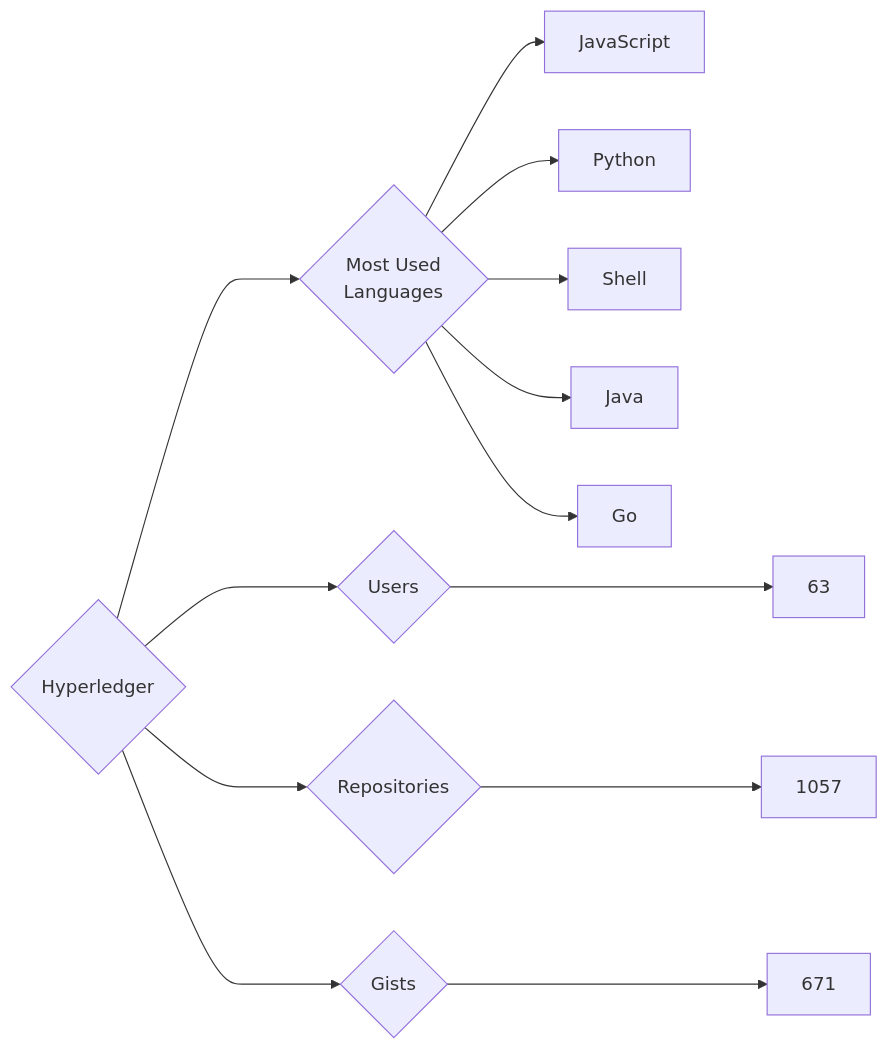
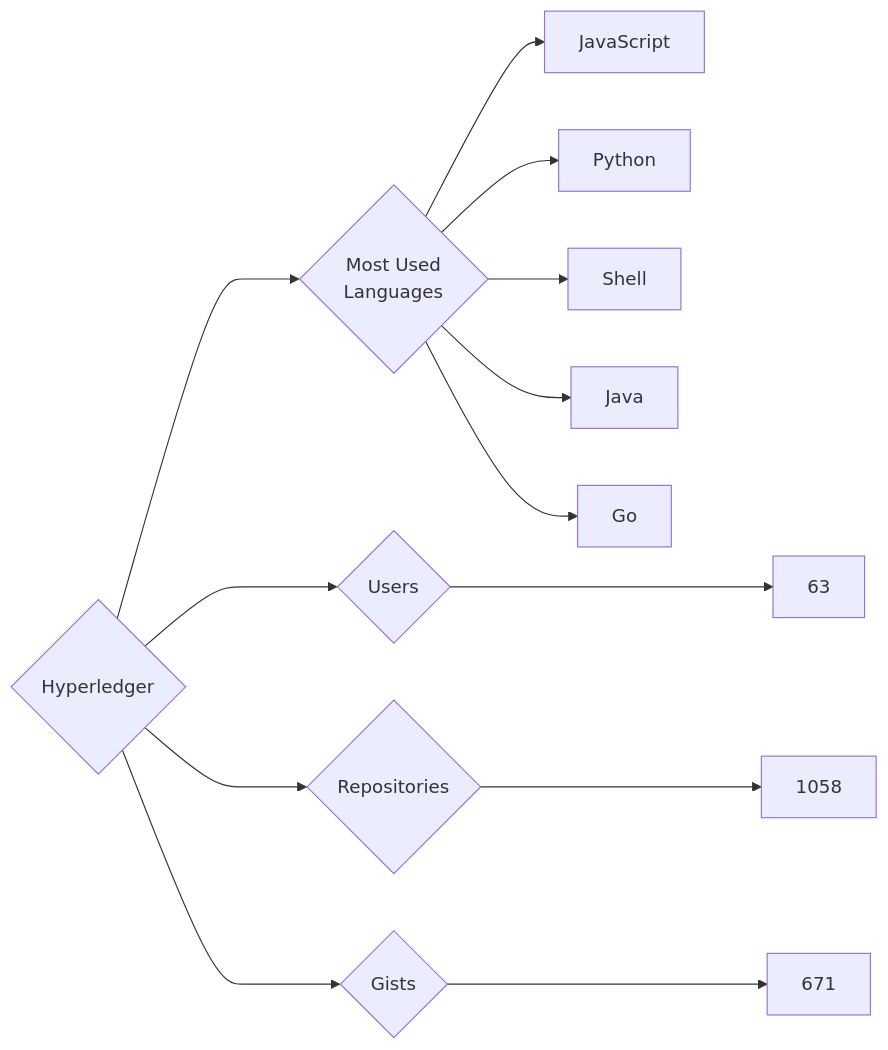
Before and after one commit to trickest/insiders: the diagram in targets/Hyperledger/README.md, drawn with Mermaid. The commit also changed 874 other files, not shown here.

````diff
--- a/targets/Hyperledger/README.md
+++ b/targets/Hyperledger/README.md
@@ -3,13 +3,13 @@
 ```mermaid
 graph LR
 COMPANY_NAME{Hyperledger}
 COMPANY_NAME ---> U{Users} ---> UN[63]
-COMPANY_NAME ---> R{Repositories} ---> RN[1057]
+COMPANY_NAME ---> R{Repositories} ---> RN[1058]
 COMPANY_NAME ---> G{Gists} ---> GN[671]
 COMPANY_NAME ---> ML{Most Used<br>Languages}
 ML --> JavaScript[JavaScript]
 ML --> Python[Python]
 ML --> Shell[Shell]
 ML --> Java[Java]
 ML --> Go[Go]
 ```
````
